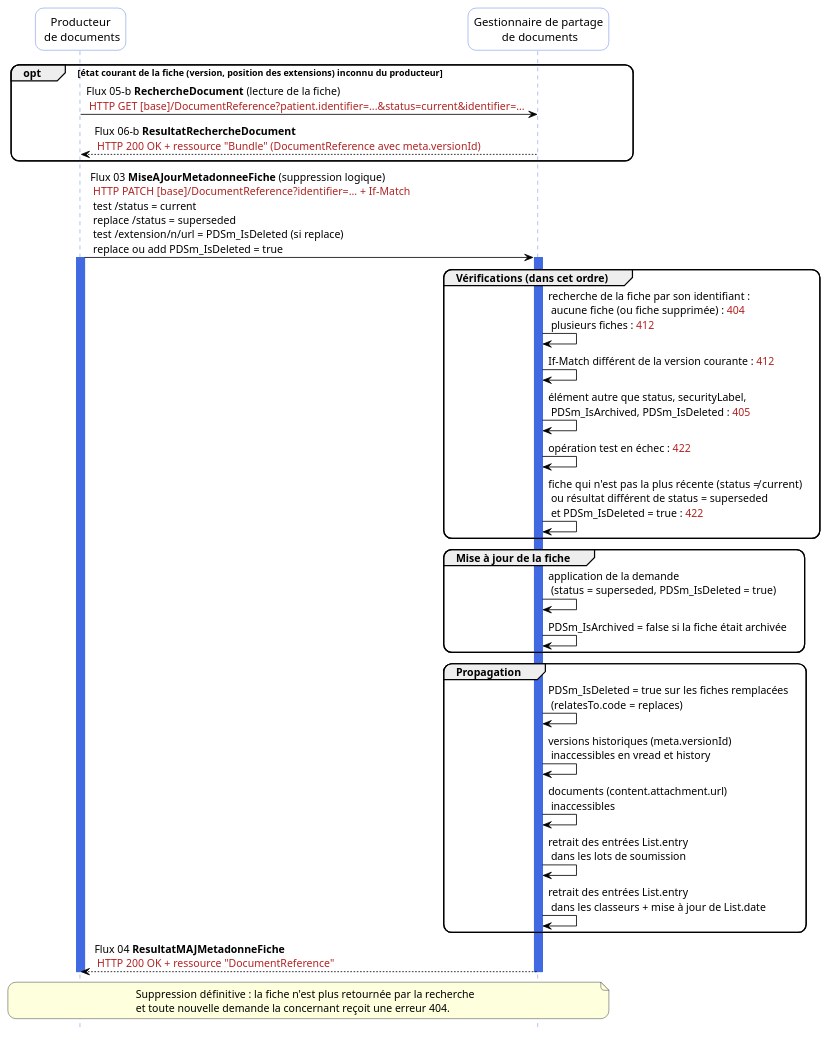
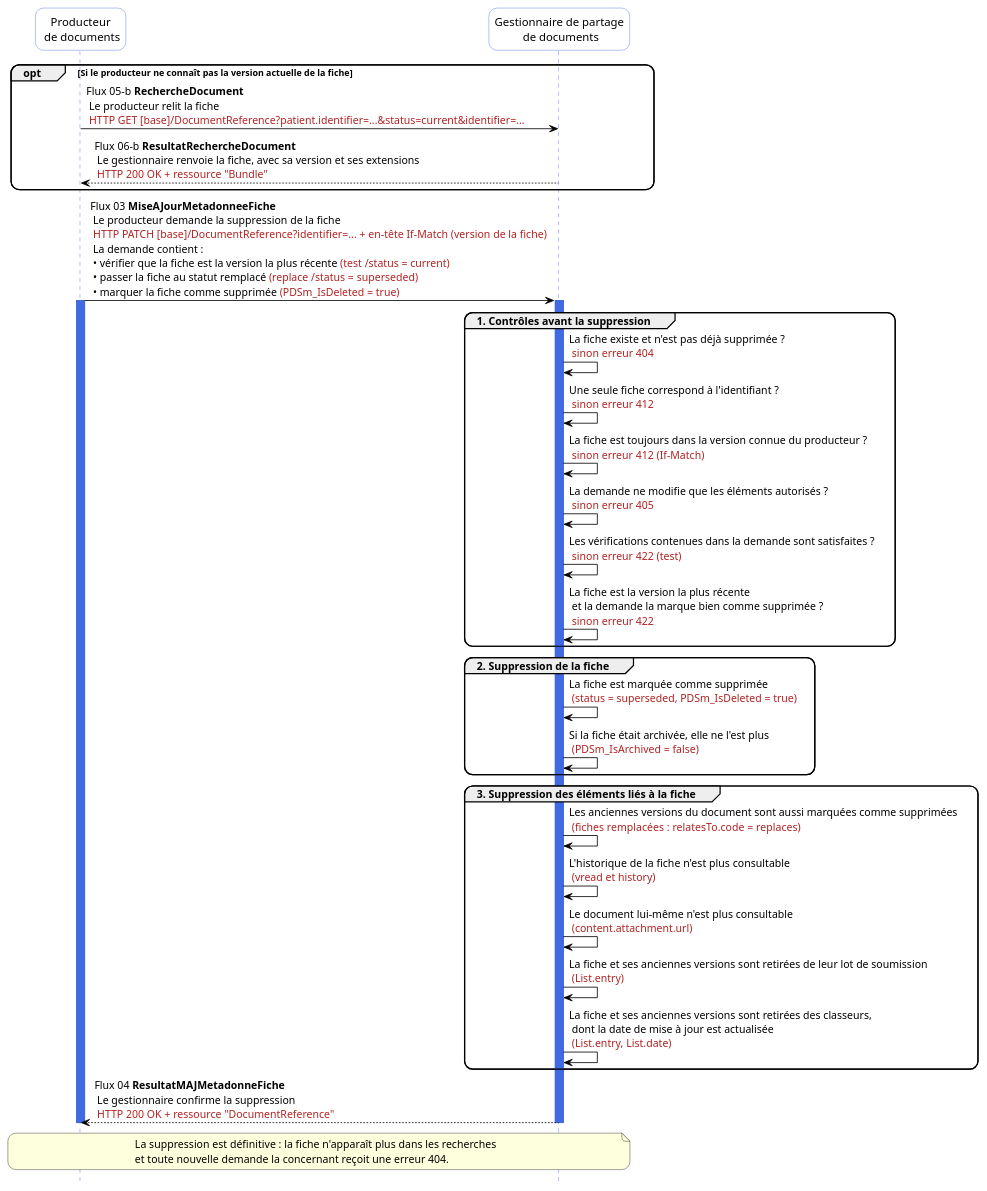
One commit to ansforge/IG-fhir-partage-de-documents-de-sante changed the diagram in input/images-source/PDSm-suppression-logique.plantuml. Above: the diagram before and after it, drawn with PlantUML.

```diff
--- a/input/images-source/PDSm-suppression-logique.plantuml
+++ b/input/images-source/PDSm-suppression-logique.plantuml
@@ -1,58 +1,59 @@
 @startuml
 hide footbox
 
 skinparam sequence {
  arrowColor black
  ParticipantBorderColor RoyalBlue
  ParticipantBackgroundColor white
  LifeLineBorderColor RoyalBlue
  LifeLineBackgroundColor RoyalBlue
  ParticipantFontSize 14
  ParticipantFontName arial
  ParticipantPadding 20
 }
 skinparam  roundcorner 20
 
 
 participant "Producteur\n de documents" as PROD
 participant "Gestionnaire de partage\n de documents" as INFRA
 
-opt état courant de la fiche (version, position des extensions) inconnu du producteur
-  PROD-[#black]> INFRA : Flux 05-b **RechercheDocument** (lecture de la fiche) \n <color #FireBrick>HTTP GET [base]/DocumentReference?patient.identifier=...&status=current&identifier=...</color>
-  INFRA-[#black]-> PROD : Flux 06-b **ResultatRechercheDocument** \n <color #FireBrick>HTTP 200 OK + ressource "Bundle" (DocumentReference avec meta.versionId)</color>
+opt Si le producteur ne connaît pas la version actuelle de la fiche
+  PROD-[#black]> INFRA : Flux 05-b **RechercheDocument** \n Le producteur relit la fiche \n <color #FireBrick>HTTP GET [base]/DocumentReference?patient.identifier=...&status=current&identifier=...</color>
+  INFRA-[#black]-> PROD : Flux 06-b **ResultatRechercheDocument** \n Le gestionnaire renvoie la fiche, avec sa version et ses extensions \n <color #FireBrick>HTTP 200 OK + ressource "Bundle"</color>
 end
 
-PROD-[#black]> INFRA : Flux 03 **MiseAJourMetadonneeFiche** (suppression logique) \n <color #FireBrick>HTTP PATCH [base]/DocumentReference?identifier=... + If-Match</color> \n test /status = current \n replace /status = superseded \n test /extension/n/url = PDSm_IsDeleted (si replace) \n replace ou add PDSm_IsDeleted = true
+PROD-[#black]> INFRA : Flux 03 **MiseAJourMetadonneeFiche** \n Le producteur demande la suppression de la fiche \n <color #FireBrick>HTTP PATCH [base]/DocumentReference?identifier=... + en-tête If-Match (version de la fiche)</color> \n La demande contient : \n • vérifier que la fiche est la version la plus récente <color #FireBrick>(test /status = current)</color> \n • passer la fiche au statut remplacé <color #FireBrick>(replace /status = superseded)</color> \n • marquer la fiche comme supprimée <color #FireBrick>(PDSm_IsDeleted = true)</color>
 activate INFRA
 activate PROD
 
-group Vérifications (dans cet ordre)
-  INFRA -> INFRA : recherche de la fiche par son identifiant :\n aucune fiche (ou fiche supprimée) : <color #FireBrick>404</color>\n plusieurs fiches : <color #FireBrick>412</color>
-  INFRA -> INFRA : If-Match différent de la version courante : <color #FireBrick>412</color>
-  INFRA -> INFRA : élément autre que status, securityLabel,\n PDSm_IsArchived, PDSm_IsDeleted : <color #FireBrick>405</color>
-  INFRA -> INFRA : opération test en échec : <color #FireBrick>422</color>
-  INFRA -> INFRA : fiche qui n'est pas la plus récente (status ≠ current)\n ou résultat différent de status = superseded\n et PDSm_IsDeleted = true : <color #FireBrick>422</color>
+group 1. Contrôles avant la suppression
+  INFRA -> INFRA : La fiche existe et n'est pas déjà supprimée ? \n <color #FireBrick>sinon erreur 404</color>
+  INFRA -> INFRA : Une seule fiche correspond à l'identifiant ? \n <color #FireBrick>sinon erreur 412</color>
+  INFRA -> INFRA : La fiche est toujours dans la version connue du producteur ? \n <color #FireBrick>sinon erreur 412 (If-Match)</color>
+  INFRA -> INFRA : La demande ne modifie que les éléments autorisés ? \n <color #FireBrick>sinon erreur 405</color>
+  INFRA -> INFRA : Les vérifications contenues dans la demande sont satisfaites ? \n <color #FireBrick>sinon erreur 422 (test)</color>
+  INFRA -> INFRA : La fiche est la version la plus récente \n et la demande la marque bien comme supprimée ? \n <color #FireBrick>sinon erreur 422</color>
 end
 
-group Mise à jour de la fiche
-  INFRA -> INFRA : application de la demande\n (status = superseded, PDSm_IsDeleted = true)
-  INFRA -> INFRA : PDSm_IsArchived = false si la fiche était archivée
+group 2. Suppression de la fiche
+  INFRA -> INFRA : La fiche est marquée comme supprimée \n <color #FireBrick>(status = superseded, PDSm_IsDeleted = true)</color>
+  INFRA -> INFRA : Si la fiche était archivée, elle ne l'est plus \n <color #FireBrick>(PDSm_IsArchived = false)</color>
 end
 
-group Propagation
-  INFRA -> INFRA : PDSm_IsDeleted = true sur les fiches remplacées\n (relatesTo.code = replaces)
-  INFRA -> INFRA : versions historiques (meta.versionId)\n inaccessibles en vread et history
-  INFRA -> INFRA : documents (content.attachment.url)\n inaccessibles
-  INFRA -> INFRA : retrait des entrées List.entry\n dans les lots de soumission
-  INFRA -> INFRA : retrait des entrées List.entry\n dans les classeurs + mise à jour de List.date
+group 3. Suppression des éléments liés à la fiche
+  INFRA -> INFRA : Les anciennes versions du document sont aussi marquées comme supprimées \n <color #FireBrick>(fiches remplacées : relatesTo.code = replaces)</color>
+  INFRA -> INFRA : L'historique de la fiche n'est plus consultable \n <color #FireBrick>(vread et history)</color>
+  INFRA -> INFRA : Le document lui-même n'est plus consultable \n <color #FireBrick>(content.attachment.url)</color>
+  INFRA -> INFRA : La fiche et ses anciennes versions sont retirées de leur lot de soumission \n <color #FireBrick>(List.entry)</color>
+  INFRA -> INFRA : La fiche et ses anciennes versions sont retirées des classeurs, \n dont la date de mise à jour est actualisée \n <color #FireBrick>(List.entry, List.date)</color>
 end
 
-INFRA-[#black]-> PROD : Flux 04 **ResultatMAJMetadonneFiche** \n <color #FireBrick>HTTP 200 OK + ressource "DocumentReference"</color>
+INFRA-[#black]-> PROD : Flux 04 **ResultatMAJMetadonneFiche** \n Le gestionnaire confirme la suppression \n <color #FireBrick>HTTP 200 OK + ressource "DocumentReference"</color>
 deactivate PROD
 deactivate INFRA
 
 note over PROD, INFRA
-  Suppression définitive : la fiche n'est plus retournée par la recherche
+  La suppression est définitive : la fiche n'apparaît plus dans les recherches
   et toute nouvelle demande la concernant reçoit une erreur 404.
 end note
 @enduml
```
